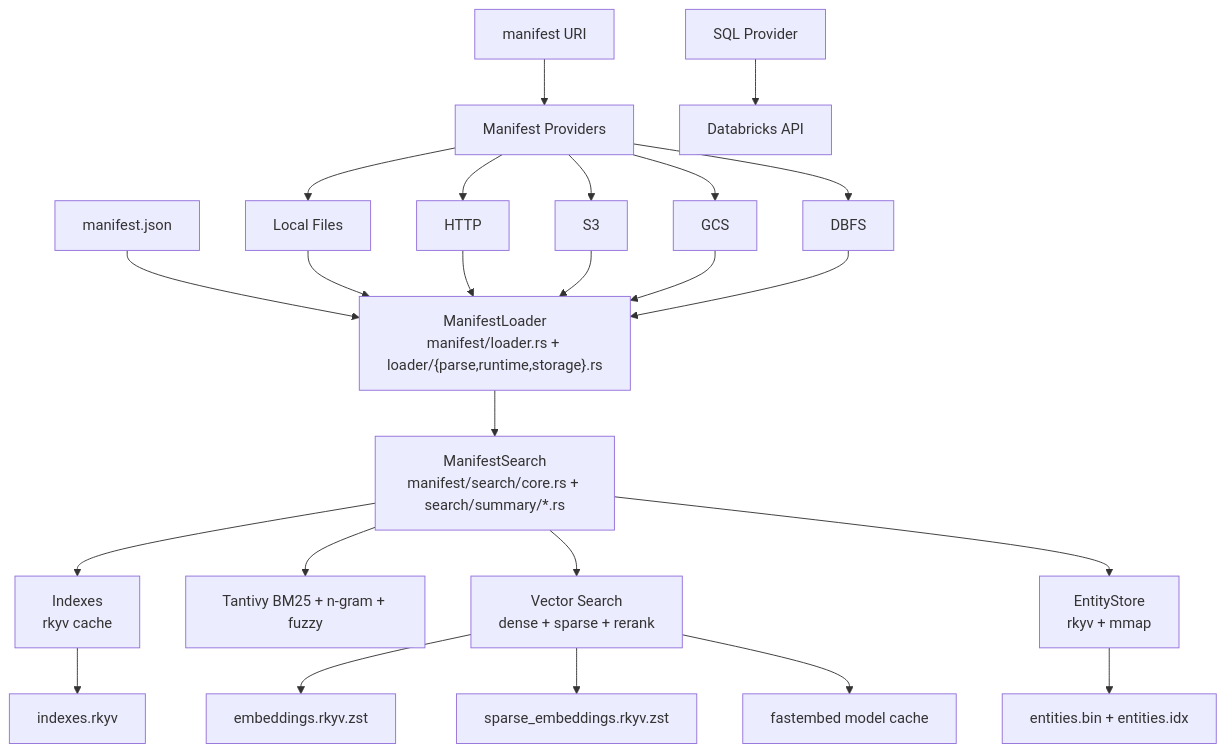
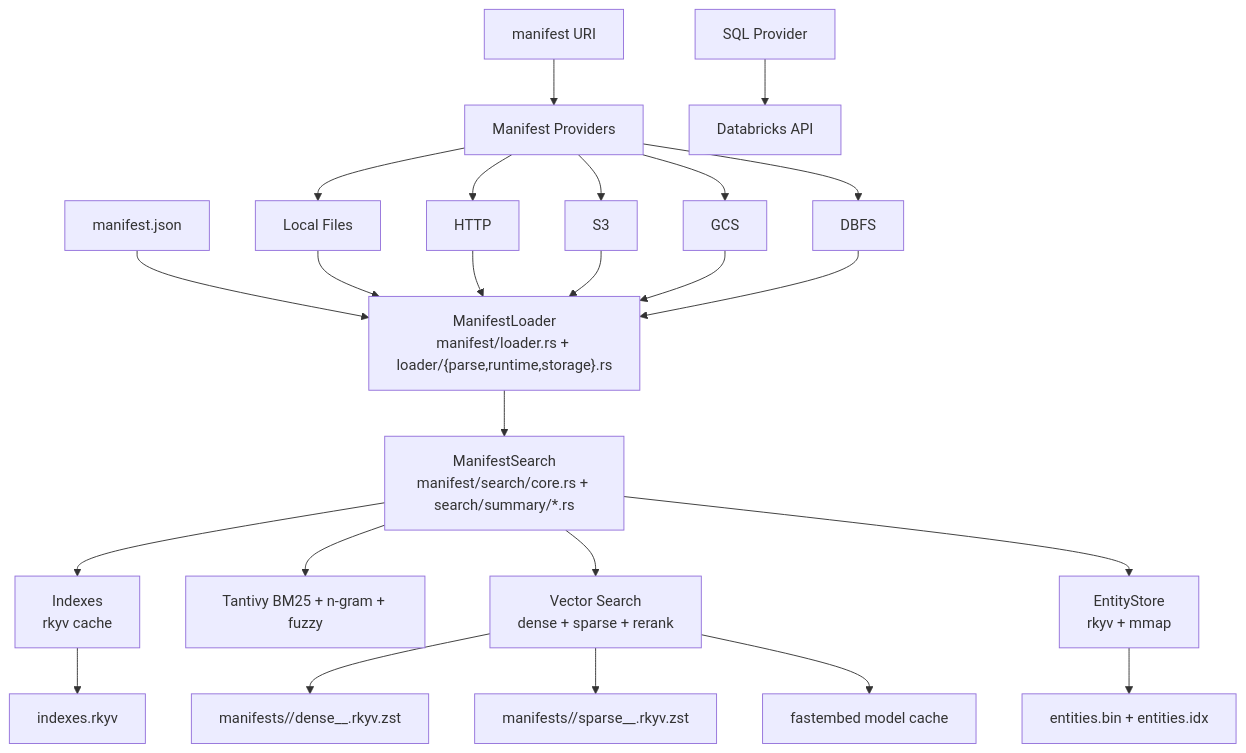
One commit to joe-broadhead/dbt-nova changed the third of 3 diagrams in docs/development/architecture.md. Above: the diagram before and after it, drawn with Mermaid. The commit also changed other lines of this file and 85 other files, not shown here.

````diff
--- a/docs/development/architecture.md
+++ b/docs/development/architecture.md
@@ -86,29 +86,29 @@
 ```mermaid
 flowchart TD
   M1["manifest.json"] --> L["ManifestLoader<br/>manifest/loader.rs + loader/{parse,runtime,storage}.rs"]
   M2["manifest URI"] --> P["Manifest Providers"]
   P --> PF[Local Files]
   P --> PH[HTTP]
   P --> PS[S3]
   P --> PG[GCS]
   P --> PD[DBFS]
   PF --> L
   PH --> L
   PS --> L
   PG --> L
   PD --> L
 
   L --> S["ManifestSearch<br/>manifest/search/core.rs + search/summary/*.rs"]
   S --> IDX["Indexes<br/>rkyv cache"]
   S --> TANT["Tantivy BM25 + n-gram + fuzzy"]
   S --> VEC["Vector Search<br/>dense + sparse + rerank"]
   S --> STORE["EntityStore<br/>rkyv + mmap"]
 
   STORE --> BIN["entities.bin + entities.idx"]
   IDX --> RK1["indexes.rkyv"]
-  VEC --> RK2["embeddings.rkyv.zst"]
-  VEC --> RK3["sparse_embeddings.rkyv.zst"]
+  VEC --> RK2["manifests/<hash>/dense__<model>.rkyv.zst"]
+  VEC --> RK3["manifests/<hash>/sparse__<model>.rkyv.zst"]
   VEC --> MODELS["fastembed model cache"]
 
   SQLP["SQL Provider"] --> DBX["Databricks API"]
 ```
````
